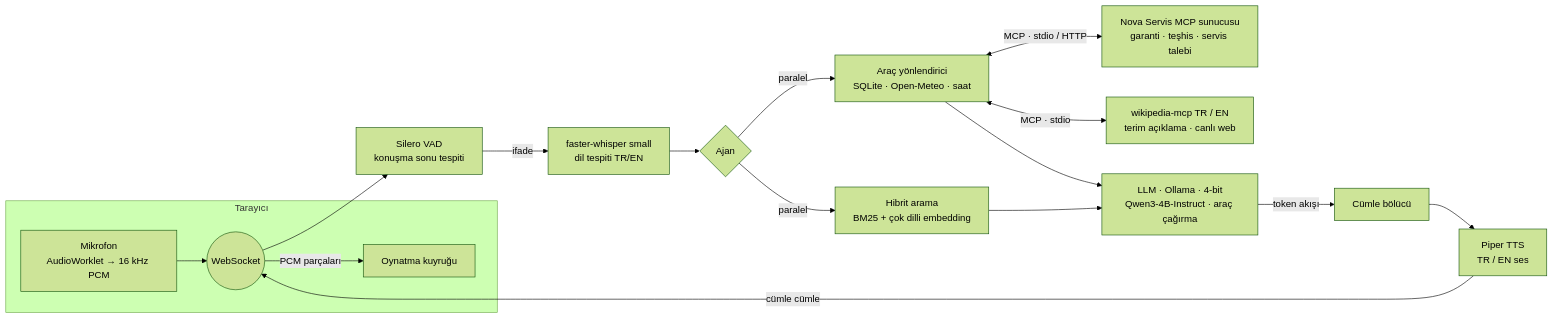
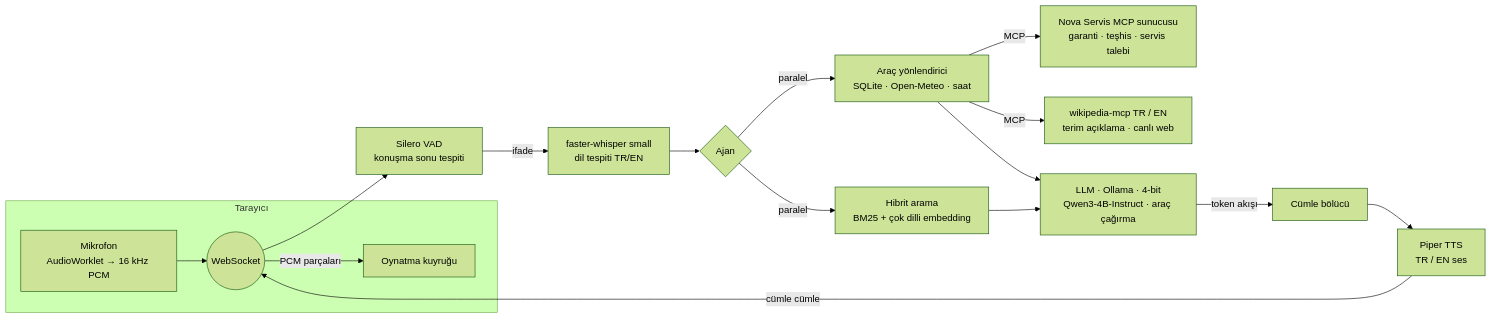
The diagram in README.md (AbdullahKarakoc/akinrobotics-nova-voice-agent), drawn with Mermaid (forest theme) before and after one commit.

````diff
--- a/README.md
+++ b/README.md
@@ -103,19 +103,19 @@
 ```mermaid
 flowchart LR
     subgraph Tarayıcı
         MIC[Mikrofon<br/>AudioWorklet → 16 kHz PCM] --> WS
         WS -->|PCM parçaları| SPK[Oynatma kuyruğu]
     end
     WS((WebSocket)) --> VAD[Silero VAD<br/>konuşma sonu tespiti]
     VAD -->|ifade| STT[faster-whisper small<br/>dil tespiti TR/EN]
     STT --> AG{Ajan}
     AG -->|paralel| RT[Araç yönlendirici<br/>SQLite · Open-Meteo · saat]
-    RT <-->|MCP · stdio / HTTP| MCP[Nova Servis MCP sunucusu<br/>garanti · teşhis · servis talebi]
-    RT <-->|MCP · stdio| WIKI[wikipedia-mcp TR / EN<br/>terim açıklama · canlı web]
+    RT -->|MCP| NOVA[Nova Servis MCP sunucusu<br/>garanti · teşhis · servis talebi]
+    RT -->|MCP| WIKI[wikipedia-mcp TR / EN<br/>terim açıklama · canlı web]
     AG -->|paralel| RAG[Hibrit arama<br/>BM25 + çok dilli embedding]
     RT --> LLM[LLM · Ollama · 4-bit<br/>Qwen3-4B-Instruct · araç çağırma]
     RAG --> LLM
     LLM -->|token akışı| SEG[Cümle bölücü]
     SEG --> TTS[Piper TTS<br/>TR / EN ses]
     TTS -->|cümle cümle| WS
 ```
````
